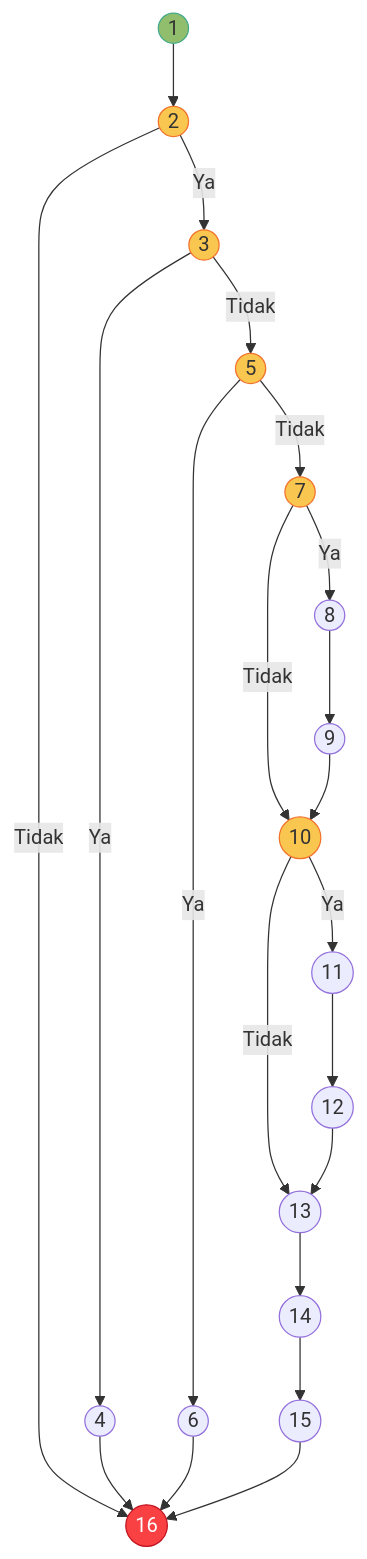
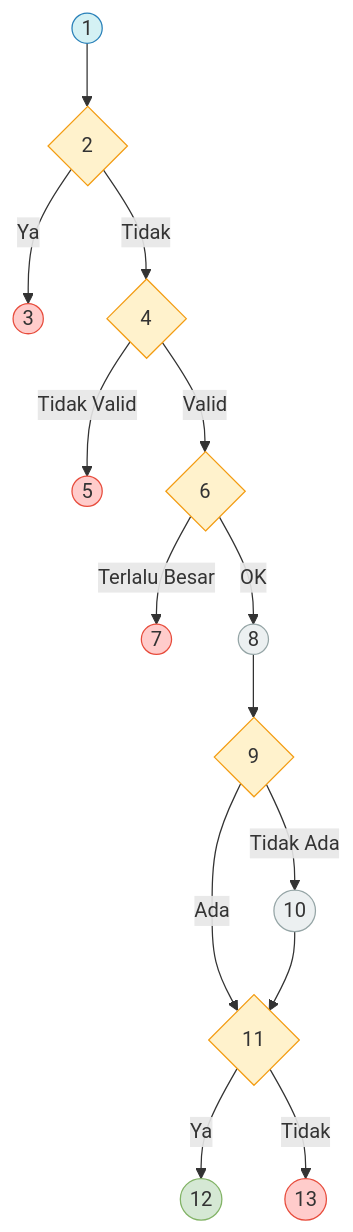
Before and after one commit to arbain-dev/Web_fikom: the sixth of 6 diagrams in docs/07_PENGUJIAN_WHITE_BOX.md, drawn with Mermaid. The commit also changed other lines of this file and 46 other files, not shown here.

Commit message:
Standardize technical documentation (01-07) and align users table with 4-column schema

````diff
--- a/docs/07_PENGUJIAN_WHITE_BOX.md
+++ b/docs/07_PENGUJIAN_WHITE_BOX.md
@@ -291,31 +314,22 @@
 ```mermaid
 graph TD
-    N1((1)) --> N2((2))
-    N2 -->|Tidak| N16((16))
-    N2 -->|Ya| N3((3))
-    N3 -->|Ya| N4((4))
-    N3 -->|Tidak| N5((5))
-    N4 --> N16
-    N5 -->|Ya| N6((6))
-    N5 -->|Tidak| N7((7))
-    N6 --> N16
-    N7 -->|Ya| N8((8))
-    N7 -->|Tidak| N10((10))
-    N8 --> N9((9))
-    N9 --> N10
-    N10 -->|Ya| N11((11))
-    N10 -->|Tidak| N13((13))
-    N11 --> N12((12))
-    N12 --> N13
-    N13 --> N14((14))
-    N14 --> N15((15))
-    N15 --> N16
+    N1((1)):::start --> N2{2}:::decision
+    N2 -- "Ya" --> N3((3)):::error
+    N2 -- "Tidak" --> N4{4}:::decision
+    N4 -- "Tidak Valid" --> N5((5)):::error
+    N4 -- "Valid" --> N6{6}:::decision
+    N6 -- "Terlalu Besar" --> N7((7)):::error
+    N6 -- "OK" --> N8((8)):::process
+    N8 --> N9{9}:::decision
+    N9 -- "Tidak Ada" --> N10((10)):::process
+    N9 -- "Ada" --> N11{11}:::decision
+    N10 --> N11
+    N11 -- "Ya" --> N12((12)):::endnode
+    N11 -- "Tidak" --> N13((13)):::error
 
-    style N1 fill:#90be6d,stroke:#43aa8b
-    style N2 fill:#f9c74f,stroke:#f3722c
-    style N3 fill:#f9c74f,stroke:#f3722c
-    style N5 fill:#f9c74f,stroke:#f3722c
-    style N7 fill:#f9c74f,stroke:#f3722c
-    style N10 fill:#f9c74f,stroke:#f3722c
-    style N16 fill:#f94144,stroke:#c1121f,color:#fff
+    classDef start fill:#d4f1f4,stroke:#2980b9
+    classDef decision fill:#fff2cc,stroke:#f39c12
+    classDef error fill:#ffcccb,stroke:#e74c3c
+    classDef process fill:#ecf0f1,stroke:#95a5a6
+    classDef endnode fill:#d5e8d4,stroke:#82b366
 ```
````
